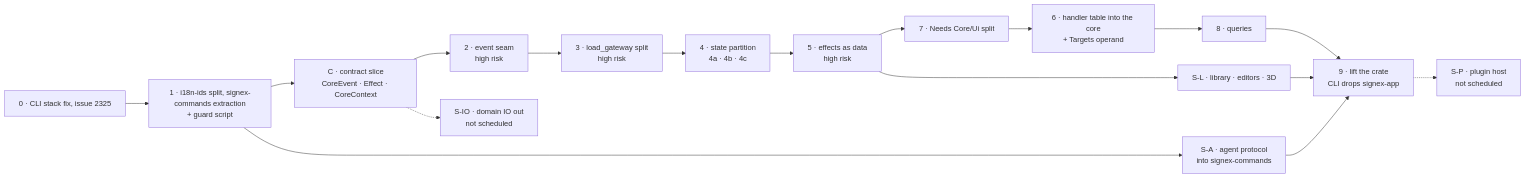
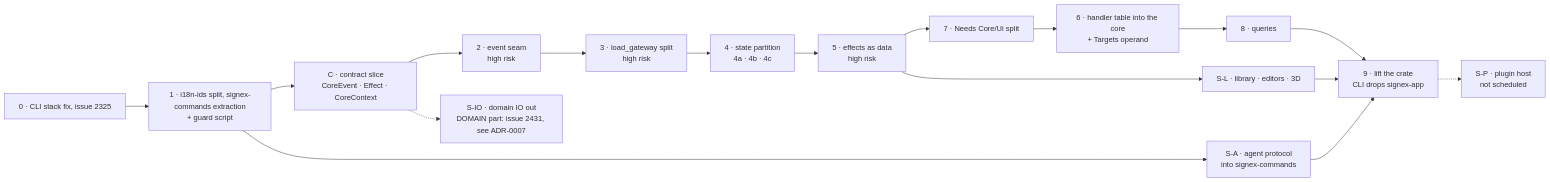
Before and after one commit to alplabai/signex: the fifth of 5 diagrams in docs/architecture/adr-0006-application-core.md, drawn with Mermaid. The commit also changed other lines of this file and 1 other file, not shown here.

First line of the commit message:
docs(architecture): ADR-0007, the cloud platform boundary (proposed)

````diff
--- a/docs/architecture/adr-0006-application-core.md
+++ b/docs/architecture/adr-0006-application-core.md
@@ -333,23 +335,23 @@
 ```mermaid
 flowchart LR
   S0["0 · CLI stack fix, issue 2325"]
   S1["1 · i18n-ids split, signex-commands extraction<br/>+ guard script"]
   SC["C · contract slice<br/>CoreEvent · Effect · CoreContext"]
   S2["2 · event seam<br/>high risk"]
   S3["3 · load_gateway split<br/>high risk"]
   S4["4 · state partition<br/>4a · 4b · 4c"]
   S5["5 · effects as data<br/>high risk"]
   S7["7 · Needs Core/Ui split"]
   S6["6 · handler table into the core<br/>+ Targets operand"]
   S8["8 · queries"]
   SA["S-A · agent protocol<br/>into signex-commands"]
   SL["S-L · library · editors · 3D"]
   S9["9 · lift the crate<br/>CLI drops signex-app"]
-  SIO["S-IO · domain IO out<br/>not scheduled"]
+  SIO["S-IO · domain IO out<br/>DOMAIN part: issue 2431, see ADR-0007"]
   SP["S-P · plugin host<br/>not scheduled"]
   S0 --> S1 --> SC --> S2 --> S3 --> S4 --> S5 --> S7 --> S6 --> S8 --> S9
   S1 --> SA --> S9
   S5 --> SL --> S9
   SC -.-> SIO
   S9 -.-> SP
 ```
````
